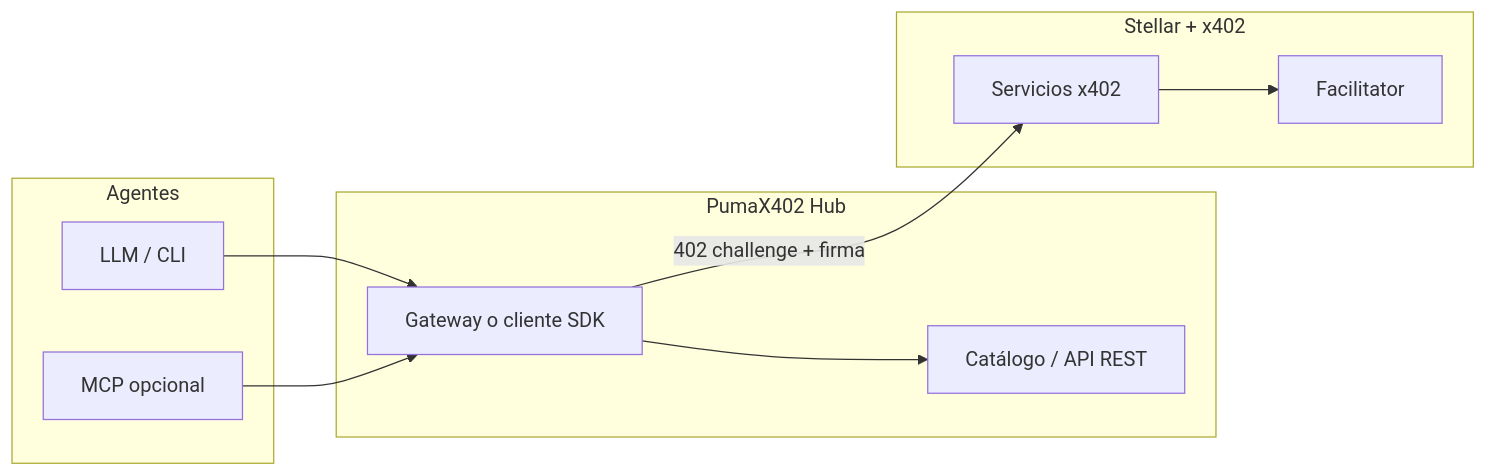
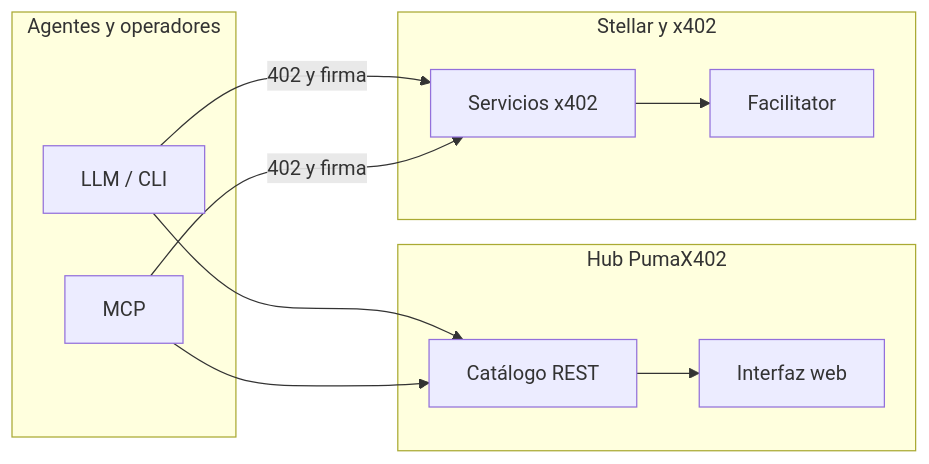
One commit to MarxMad/Agenticx402 changed the diagram in README.md. Above: the diagram before and after it, drawn with Mermaid. The commit also changed other lines of this file and 2 other files, not shown here.

````diff
--- a/README.md
+++ b/README.md
@@ -30,23 +41,24 @@
 ```mermaid
 flowchart LR
-  subgraph agents [Agentes]
+  subgraph agents [Agentes y operadores]
     LLM[LLM / CLI]
-    MCP[MCP opcional]
+    MCP[MCP]
   end
 
-  subgraph hub [PumaX402 Hub]
-    CAT[Catálogo / API REST]
-    GW[Gateway o cliente SDK]
+  subgraph hub [Hub PumaX402]
+    CAT[Catálogo REST]
+    UI[Interfaz web]
   end
 
-  subgraph stellar [Stellar + x402]
+  subgraph stellar [Stellar y x402]
     SVC[Servicios x402]
     FAC[Facilitator]
   end
 
-  LLM --> GW
-  MCP --> GW
-  GW --> CAT
-  GW -->|402 challenge + firma| SVC
+  LLM --> CAT
+  MCP --> CAT
+  LLM -->|402 y firma| SVC
+  MCP -->|402 y firma| SVC
+  CAT --> UI
   SVC --> FAC
 ```
````
